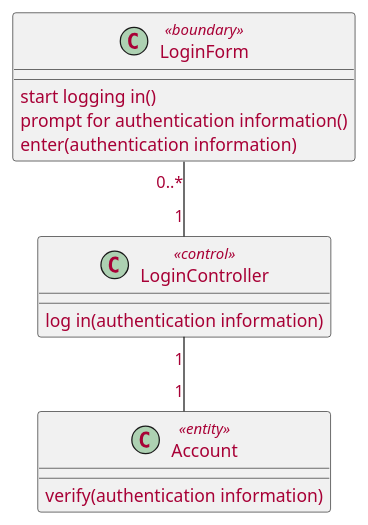
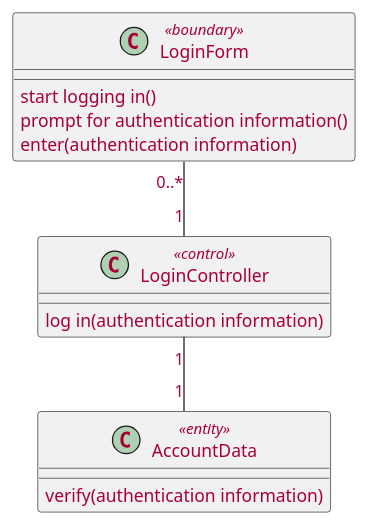
One commit to McSinyx/ipppi changed the fourth of 10 diagrams in source/solution/use-case-analysis.rst. Above: the diagram before and after it, drawn with PlantUML. The commit also changed other lines of this file and 1 other file, not shown here.

Commit message:
Update entity name to fit model in GH-21

```diff
--- a/source/solution/use-case-analysis.rst
+++ b/source/solution/use-case-analysis.rst
@@ -106,20 +106,20 @@
 .. uml::
 
    skinparam defaultFontColor #a80036
 
    class LoginForm <<boundary>> {
       start logging in()
       prompt for authentication information()
       enter(authentication information)
    }
 
    class LoginController <<control>> {
       log in(authentication information)
    }
 
-   class Account <<entity>> {
+   class AccountData <<entity>> {
       verify(authentication information)
    }
 
    LoginForm "0..*" -- "1" LoginController
-   LoginController "1" -- "1" Account
+   LoginController "1" -- "1" AccountData
```
